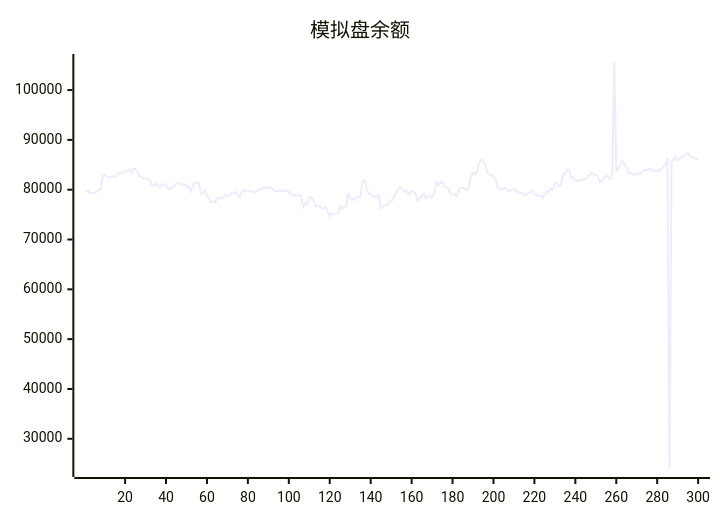
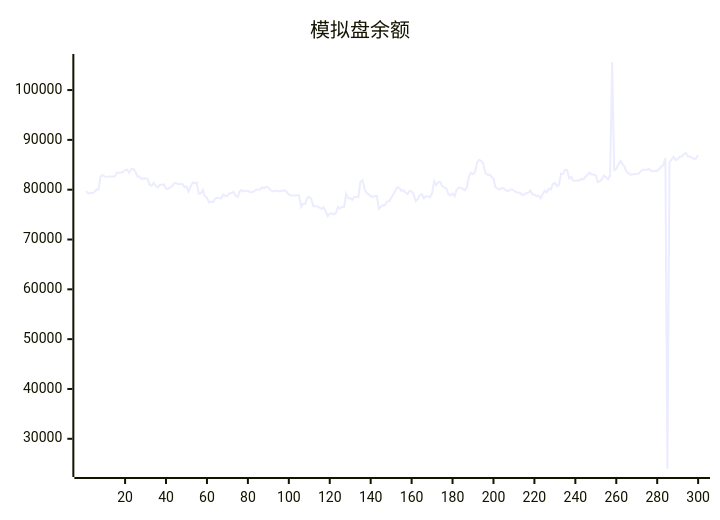
Before and after one commit to aahl/ai-trading: the diagram in README.md, drawn with Mermaid. The commit also changed other lines of this file and 1 other file, not shown here.

````diff
--- a/README.md
+++ b/README.md
@@ -5,5 +5,5 @@
 ```mermaid
 xychart
     title "模拟盘余额"
-    line [79720,79720,79214,79372,79279,79591,80046,79993,82625,82950,82626,82571,82633,82670,82670,82681,83386,83378,83464,83579,83920,84037,83402,84160,84142,83652,82655,82655,82145,82315,82243,82163,80934,80770,81371,80742,80468,80989,80989,81067,80191,80155,80450,80737,81309,81309,81106,81119,81119,80471,80631,79624,80670,81448,81290,81429,79212,79222,79940,78643,78380,77432,77623,77504,78235,78358,78284,78277,79048,78714,78714,79290,79308,79567,78763,78563,79603,79988,79652,79813,79813,79476,79469,79673,79995,80015,80015,80486,80314,80600,80436,79966,79689,79689,79819,79692,79692,79850,79850,79518,79071,78889,78850,78850,78878,78878,76554,77202,77103,78357,78510,78106,76678,76677,76672,76411,76159,76485,75656,74695,75197,75246,75052,75334,76564,76179,76553,76551,79196,78300,78300,77944,78531,78531,78521,81564,81884,80160,79335,79055,78675,78580,78708,78764,76179,76586,76902,76876,77658,77669,78346,79023,79769,80497,80366,79761,79896,79448,79126,79749,79658,79097,77695,78114,78888,79126,78249,78738,78653,78478,79271,81680,80923,81488,81527,80681,80455,80190,79084,78879,79193,78686,79954,80403,80374,80118,79848,80491,82665,83351,83098,83525,85430,85983,85737,85221,83378,83014,83043,82613,82216,80477,80208,80081,80348,80277,79894,79670,79965,80093,79786,79542,79406,79371,78893,79087,79304,79406,79841,79072,78978,78696,78846,78272,79085,79787,79442,80198,80031,81120,81379,80718,80985,83214,83212,83993,83921,82270,82547,81776,81776,81866,81866,82158,82061,82596,83000,83408,83041,83050,82858,81503,81691,82188,82812,82517,82092,82901,105633,83898,84180,85030,85781,85178,84604,83569,83298,83008,83093,83107,83175,83228,83729,84025,84017,84019,84177,83775,83762,83785,83738,84160,84639,84939,86370,23934,85548,86046,86599,85942,86161,86622,86664,87115,87369,86666,86685,86384,86152,86243]
+    line [79720,79214,79372,79279,79591,80046,79993,82625,82950,82626,82571,82633,82670,82670,82681,83386,83378,83464,83579,83920,84037,83402,84160,84142,83652,82655,82655,82145,82315,82243,82163,80934,80770,81371,80742,80468,80989,80989,81067,80191,80155,80450,80737,81309,81309,81106,81119,81119,80471,80631,79624,80670,81448,81290,81429,79212,79222,79940,78643,78380,77432,77623,77504,78235,78358,78284,78277,79048,78714,78714,79290,79308,79567,78763,78563,79603,79988,79652,79813,79813,79476,79469,79673,79995,80015,80015,80486,80314,80600,80436,79966,79689,79689,79819,79692,79692,79850,79850,79518,79071,78889,78850,78850,78878,78878,76554,77202,77103,78357,78510,78106,76678,76677,76672,76411,76159,76485,75656,74695,75197,75246,75052,75334,76564,76179,76553,76551,79196,78300,78300,77944,78531,78531,78521,81564,81884,80160,79335,79055,78675,78580,78708,78764,76179,76586,76902,76876,77658,77669,78346,79023,79769,80497,80366,79761,79896,79448,79126,79749,79658,79097,77695,78114,78888,79126,78249,78738,78653,78478,79271,81680,80923,81488,81527,80681,80455,80190,79084,78879,79193,78686,79954,80403,80374,80118,79848,80491,82665,83351,83098,83525,85430,85983,85737,85221,83378,83014,83043,82613,82216,80477,80208,80081,80348,80277,79894,79670,79965,80093,79786,79542,79406,79371,78893,79087,79304,79406,79841,79072,78978,78696,78846,78272,79085,79787,79442,80198,80031,81120,81379,80718,80985,83214,83212,83993,83921,82270,82547,81776,81776,81866,81866,82158,82061,82596,83000,83408,83041,83050,82858,81503,81691,82188,82812,82517,82092,82901,105633,83898,84180,85030,85781,85178,84604,83569,83298,83008,83093,83107,83175,83228,83729,84025,84017,84019,84177,83775,83762,83785,83738,84160,84639,84939,86370,23934,85548,86046,86599,85942,86161,86622,86664,87115,87369,86666,86685,86384,86152,86243,86969]
 ```
````
